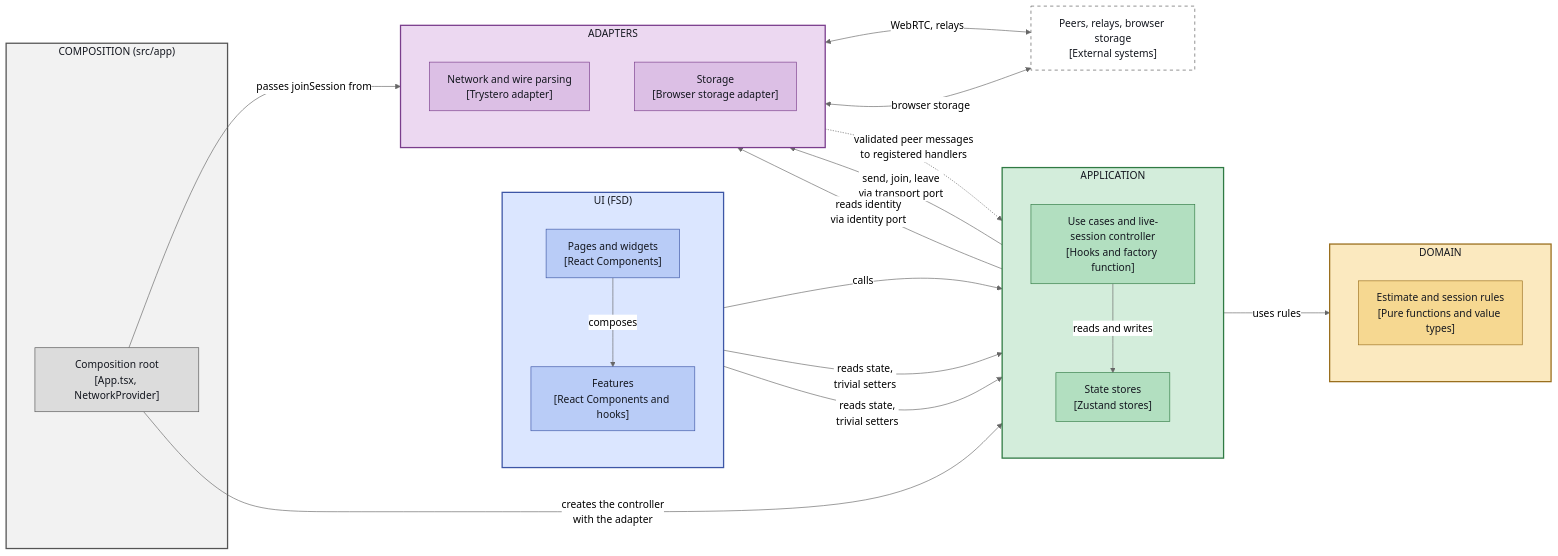
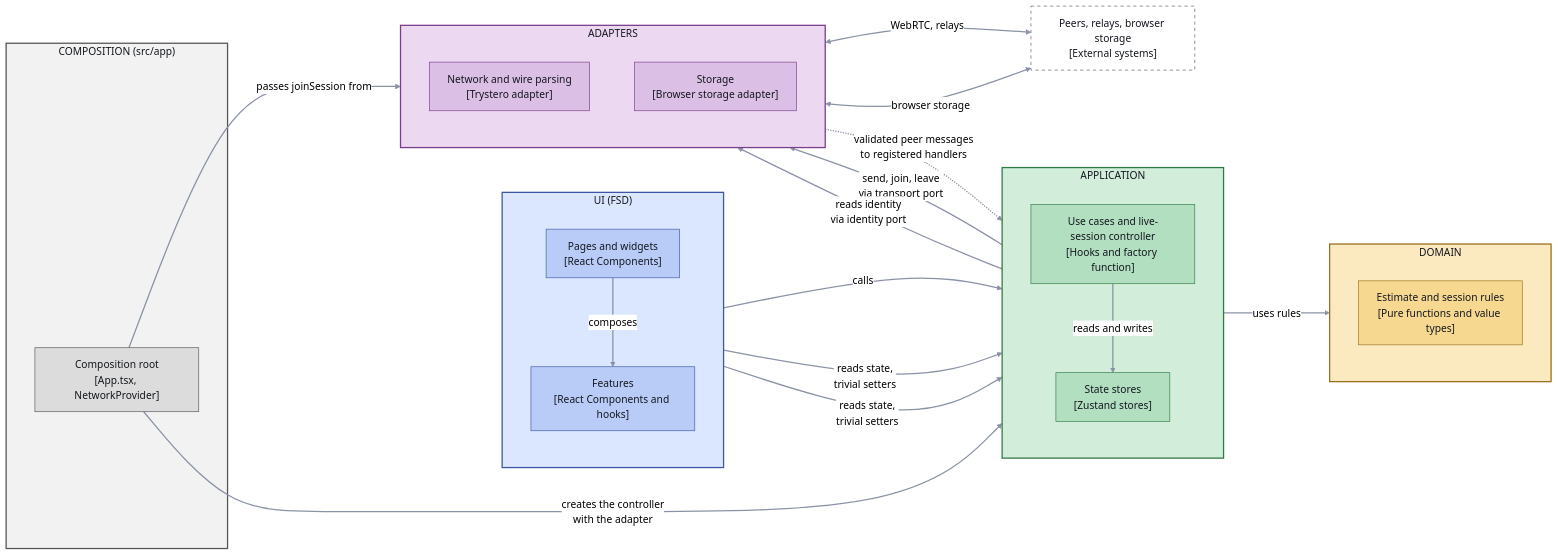
The third of 3 diagrams in docs/architecture.md (cfisch3r/estimate), drawn with Mermaid (neutral theme) before and after one commit. The commit also changed other lines of this file, not shown here.

Commit message:
docs: make diagram edges visible on dark backgrounds

````diff
--- a/docs/architecture.md
+++ b/docs/architecture.md
@@ -148,56 +150,57 @@
 ```mermaid
 %%{init: {"flowchart": {"nodeSpacing": 70, "rankSpacing": 90, "padding": 14}}}%%
 flowchart LR
   subgraph COMP["COMPOSITION (src/app)"]
     Root["Composition root<br/>[App.tsx, NetworkProvider]"]
   end
   subgraph UI["UI (FSD)"]
     direction TB
     Pages["Pages and widgets<br/>[React Components]"]
     Features["Features<br/>[React Components and hooks]"]
   end
   subgraph APP["APPLICATION"]
     direction TB
     UseCases["Use cases and live-session controller<br/>[Hooks and factory function]"]
     Stores["State stores<br/>[Zustand stores]"]
   end
   subgraph AD["ADAPTERS"]
     direction TB
     Net["Network and wire parsing<br/>[Trystero adapter]"]
     Store["Storage<br/>[Browser storage adapter]"]
   end
   subgraph DOM["DOMAIN"]
     direction TB
     Core["Estimate and session rules<br/>[Pure functions and value types]"]
   end
   Ext["Peers, relays, browser storage<br/>[External systems]"]
   Root -->|creates the controller<br/>with the adapter| UseCases
   Root -->|passes joinSession from| Net
   Pages -->|composes| Features
   Features -->|calls| UseCases
   Pages & Features -->|reads state,<br/>trivial setters| Stores
   UseCases -->|uses rules| Core
   UseCases -->|reads and writes| Stores
   UseCases -->|send, join, leave<br/>via transport port| Net
   Net -.->|validated peer messages<br/>to registered handlers| UseCases
   UseCases -->|reads identity<br/>via identity port| Store
   Net <-->|WebRTC, relays| Ext
   Store <-->|browser storage| Ext
+  linkStyle default stroke:#8a93a6,stroke-width:2px
   style COMP fill:#f2f2f2,stroke:#555555,stroke-width:2px,color:#14171f
   style UI fill:#dbe6ff,stroke:#3d56a6,stroke-width:2px,color:#14171f
   style APP fill:#d3eddb,stroke:#2f7a43,stroke-width:2px,color:#14171f
   style DOM fill:#fbe9bf,stroke:#9a6f1e,stroke-width:2px,color:#14171f
   style AD fill:#ecd8f1,stroke:#7a3d8c,stroke-width:2px,color:#14171f
   classDef comp fill:#dcdcdc,stroke:#555555,color:#14171f
   classDef ui fill:#b9ccf7,stroke:#3d56a6,color:#14171f
   classDef app fill:#b2dfc0,stroke:#2f7a43,color:#14171f
   classDef dom fill:#f6d891,stroke:#9a6f1e,color:#14171f
   classDef ad fill:#dcbfe5,stroke:#7a3d8c,color:#14171f
   classDef ext fill:#ffffff,stroke:#555555,color:#14171f,stroke-dasharray: 5 5
   class Root comp
   class Pages,Features ui
   class UseCases,Stores app
   class Core dom
   class Net,Store ad
   class Ext ext
 ```
````
